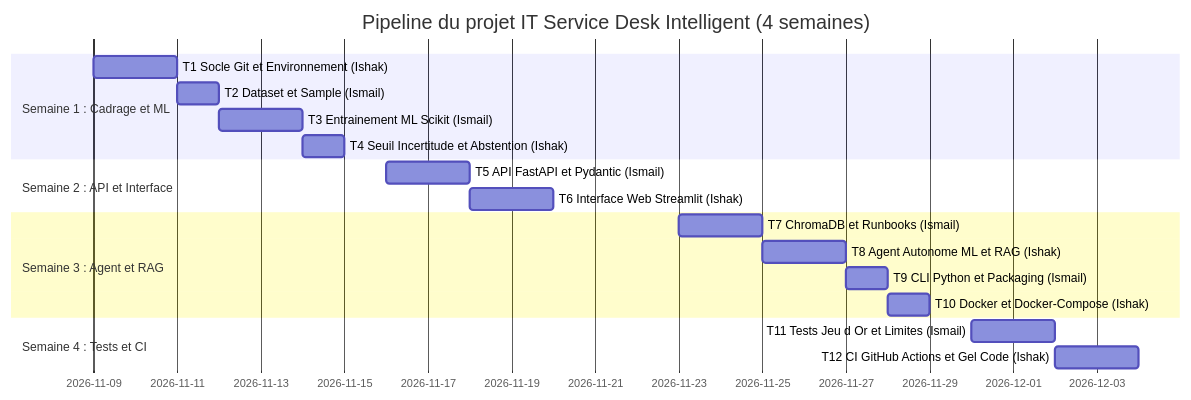
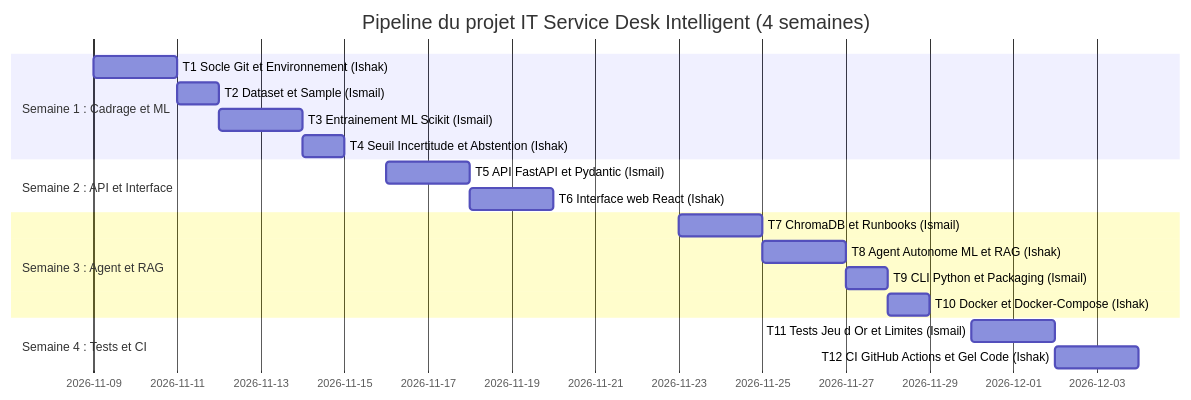
One commit to inazuma2004/Lamzouri_Ishak-Amrani_Ismail_Projet20 changed the diagram in docs/semaine1/4-pipeline.md. Above: the diagram before and after it, drawn with Mermaid. The commit also changed other lines of this file and 17 other files, not shown here.

````diff
--- a/docs/semaine1/4-pipeline.md
+++ b/docs/semaine1/4-pipeline.md
@@ -41,25 +43,25 @@
 ```mermaid
 gantt
     dateFormat  YYYY-MM-DD
     title Pipeline du projet IT Service Desk Intelligent (4 semaines)
     
     section Semaine 1 : Cadrage et ML
     T1 Socle Git et Environnement (Ishak)     :t1, 2026-11-09, 2d
     T2 Dataset et Sample (Ismail)             :t2, after t1, 1d
     T3 Entrainement ML Scikit (Ismail)        :t3, after t2, 2d
     T4 Seuil Incertitude et Abstention (Ishak):t4, after t3, 1d
     
     section Semaine 2 : API et Interface
     T5 API FastAPI et Pydantic (Ismail)       :t5, 2026-11-16, 2d
-    T6 Interface Web Streamlit (Ishak)        :t6, after t5, 2d
+    T6 Interface web React (Ishak)            :t6, after t5, 2d
     
     section Semaine 3 : Agent et RAG
     T7 ChromaDB et Runbooks (Ismail)          :t7, 2026-11-23, 2d
     T8 Agent Autonome ML et RAG (Ishak)       :t8, after t7, 2d
     T9 CLI Python et Packaging (Ismail)       :t9, after t8, 1d
     T10 Docker et Docker-Compose (Ishak)      :t10, after t9, 1d
     
     section Semaine 4 : Tests et CI
     T11 Tests Jeu d Or et Limites (Ismail)    :t11, 2026-11-30, 2d
     T12 CI GitHub Actions et Gel Code (Ishak) :t12, after t11, 2d
 ```
````
